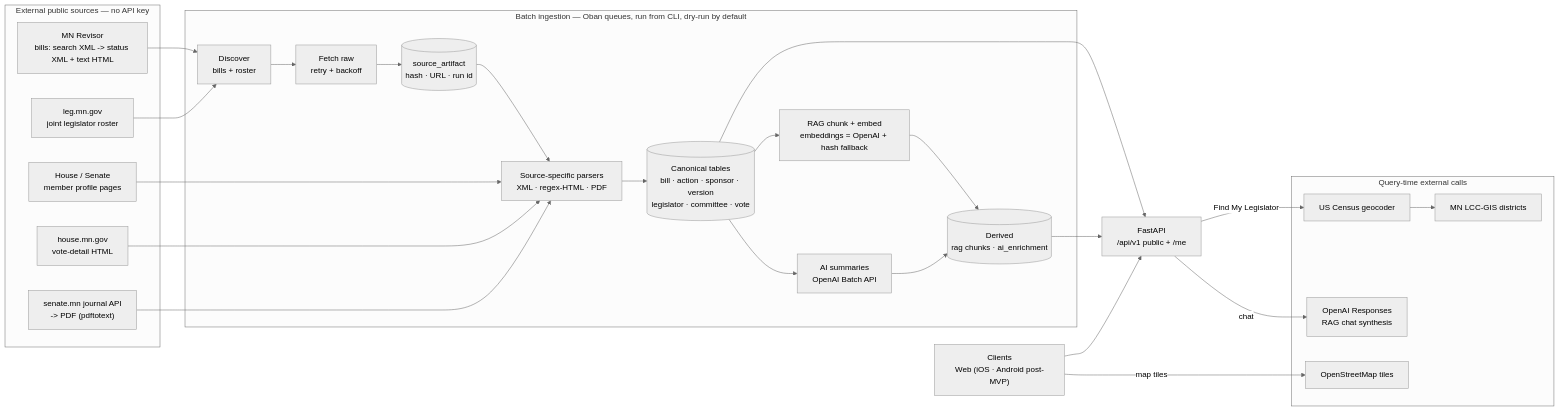
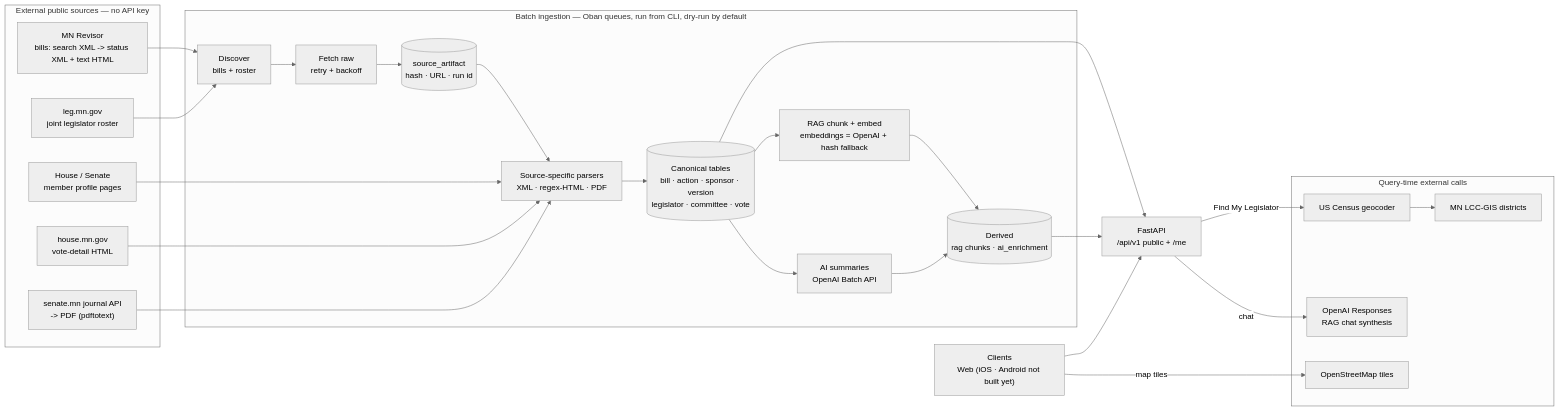
Before and after one commit to alethical-org/alethical: the diagram in docs/onboarding/data-ingestion-onboarding.md, drawn with Mermaid (neutral theme). The commit also changed 9 other files, not shown here.

````diff
--- a/docs/onboarding/data-ingestion-onboarding.md
+++ b/docs/onboarding/data-ingestion-onboarding.md
@@ -28,45 +28,45 @@
 ```mermaid
 flowchart LR
   subgraph SRC["External public sources — no API key"]
     REV["MN Revisor<br/>bills: search XML -> status XML + text HTML"]
     ROST["leg.mn.gov<br/>joint legislator roster"]
     PROF["House / Senate<br/>member profile pages"]
     HV["house.mn.gov<br/>vote-detail HTML"]
     SV["senate.mn journal API<br/>-> PDF (pdftotext)"]
   end
 
   subgraph PIPE["Batch ingestion — Oban queues, run from CLI, dry-run by default"]
     DISC["Discover<br/>bills + roster"]
     FETCH["Fetch raw<br/>retry + backoff"]
     ART[("source_artifact<br/>hash · URL · run id")]
     PARSE["Source-specific parsers<br/>XML · regex-HTML · PDF"]
     CANON[("Canonical tables<br/>bill · action · sponsor · version<br/>legislator · committee · vote")]
     RAG["RAG chunk + embed<br/>embeddings = OpenAI + hash fallback"]
     AIENR["AI summaries<br/>OpenAI Batch API"]
     DERIV[("Derived<br/>rag chunks · ai_enrichment")]
     DISC --> FETCH --> ART --> PARSE --> CANON
     CANON --> RAG --> DERIV
     CANON --> AIENR --> DERIV
   end
 
   REV --> DISC
   ROST --> DISC
   PROF --> PARSE
   HV --> PARSE
   SV --> PARSE
 
   CANON --> API["FastAPI<br/>/api/v1 public + /me"]
   DERIV --> API
 
   subgraph RT["Query-time external calls"]
     GEO["US Census geocoder"]
     GIS["MN LCC-GIS districts"]
     OAI["OpenAI Responses<br/>RAG chat synthesis"]
     OSM["OpenStreetMap tiles"]
   end
 
-  CL["Clients<br/>Web (iOS · Android post-MVP)"] --> API
+  CL["Clients<br/>Web (iOS · Android not built yet)"] --> API
   API -->|"Find My Legislator"| GEO --> GIS
   API -->|"chat"| OAI
   CL -->|"map tiles"| OSM
 ```
````
